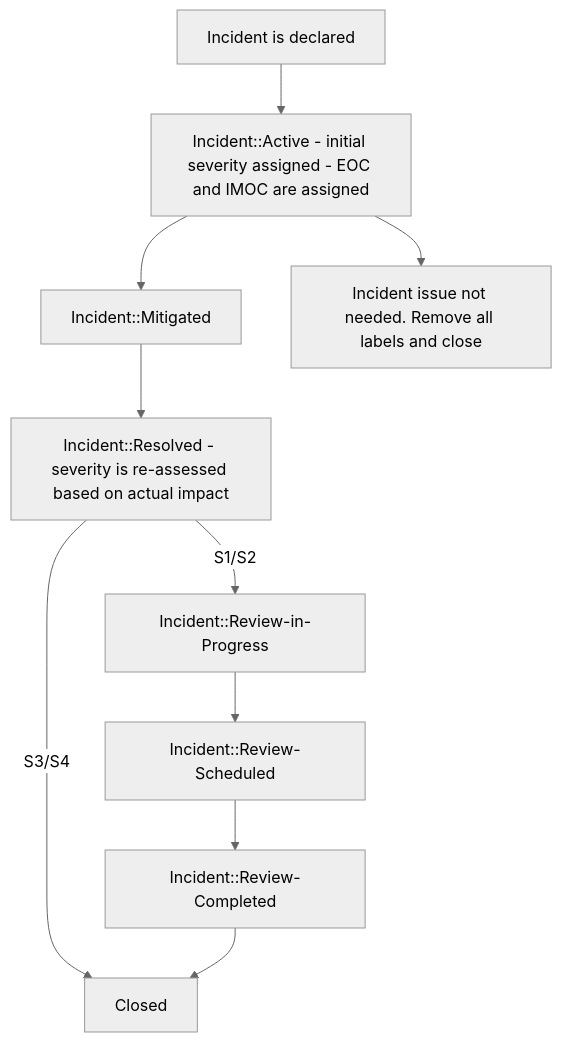
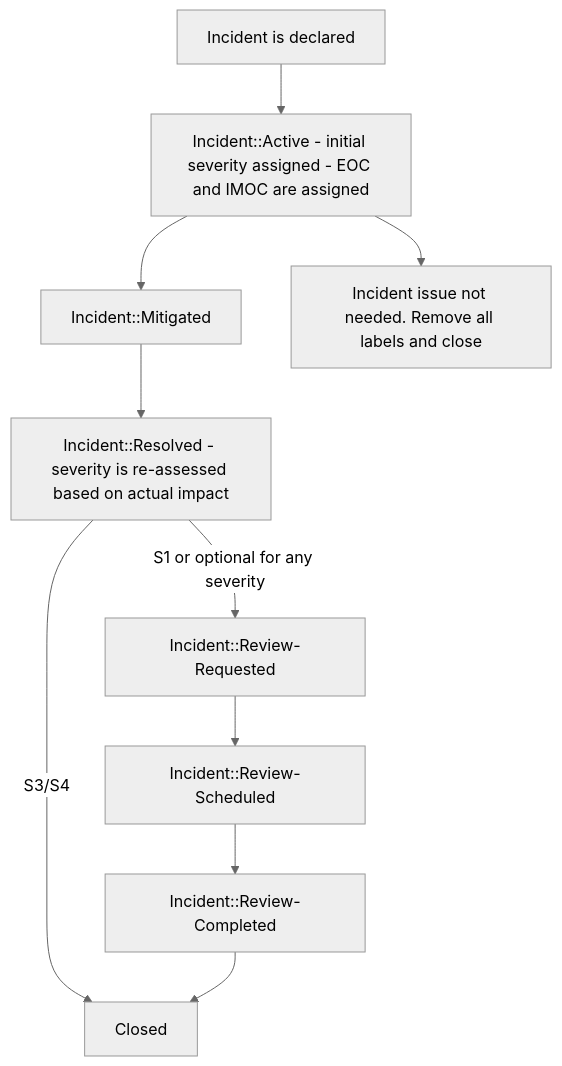
Before and after one commit to secretstartups/handbook: the diagram in infrastructure/incident-management/index.html.md, drawn with Mermaid (neutral theme). The commit also changed other lines of this file, not shown here.

Commit message:
Updates workflow for incident review

````diff
--- a/infrastructure/incident-management/index.html.md
+++ b/infrastructure/incident-management/index.html.md
@@ -350,12 +350,12 @@
 ```mermaid
 graph TD
   A[Incident is declared] --> B[Incident::Active - initial severity assigned - EOC and IMOC are assigned]
   B --> C[Incident::Mitigated]
   C --> D[Incident::Resolved - severity is re-assessed based on actual impact]
-  D -->|S1/S2| E[Incident::Review-in-Progress]
+  D --> |S1 or optional for any severity| E[Incident::Review-Requested]
+  E --> F[Incident::Review-Scheduled]
   D -->|S3/S4| Z[Closed]
   B --> Y[Incident issue not needed. Remove all labels and close]
-  E --> F[Incident::Review-Scheduled]
   F --> G[Incident::Review-Completed]
   G --> Z
 ```
````
